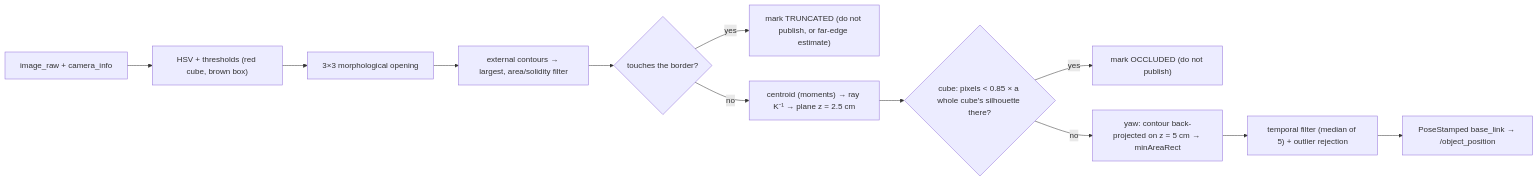
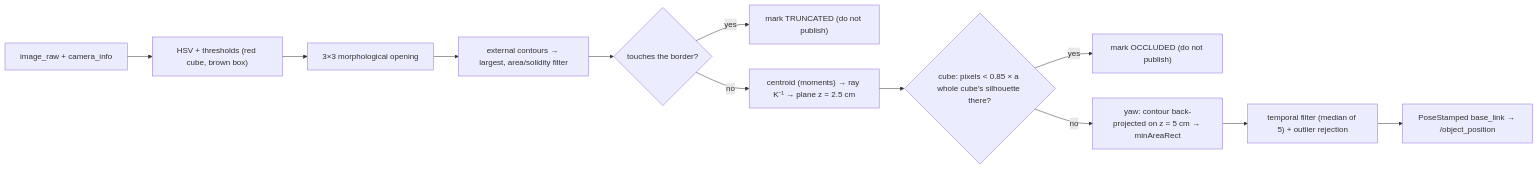
One commit to FoxaxeWasTaken/Robotics changed the first of 3 diagrams in docs/project/05_perception_calibration.md. Above: the diagram before and after it, drawn with Mermaid. The commit also changed other lines of this file and 36 other files, not shown here.

````diff
--- a/docs/project/05_perception_calibration.md
+++ b/docs/project/05_perception_calibration.md
@@ -9,14 +9,14 @@
 ```mermaid
 flowchart LR
   I["image_raw + camera_info"] --> H["HSV + thresholds (red cube, brown box)"]
   H --> M["3×3 morphological opening"]
   M --> C["external contours → largest, area/solidity filter"]
   C --> T{"touches the border?"}
-  T -- yes --> X["mark TRUNCATED (do not publish, or far-edge estimate)"]
+  T -- yes --> X["mark TRUNCATED (do not publish)"]
   T -- no --> G["centroid (moments) → ray K⁻¹ → plane z = 2.5 cm"]
   G --> O{"cube: pixels < 0.85 × a whole cube's silhouette there?"}
   O -- yes --> Z["mark OCCLUDED (do not publish)"]
   O -- no --> Y["yaw: contour back-projected on z = 5 cm → minAreaRect"]
   Y --> F["temporal filter (median of 5) + outlier rejection"]
   F --> P["PoseStamped base_link → /object_position"]
 ```
````
